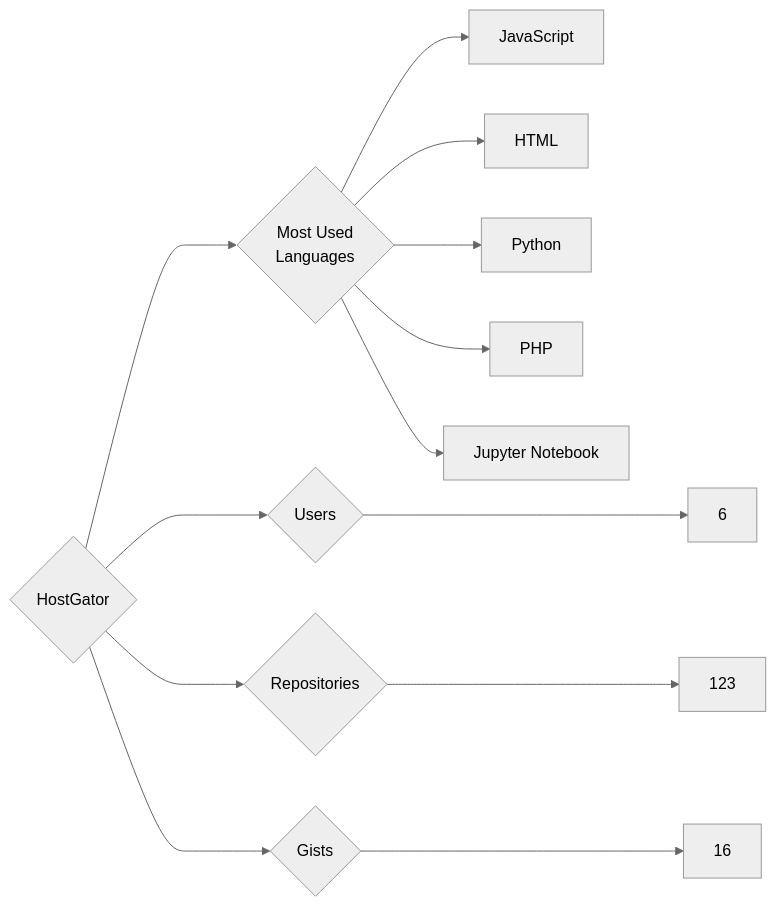
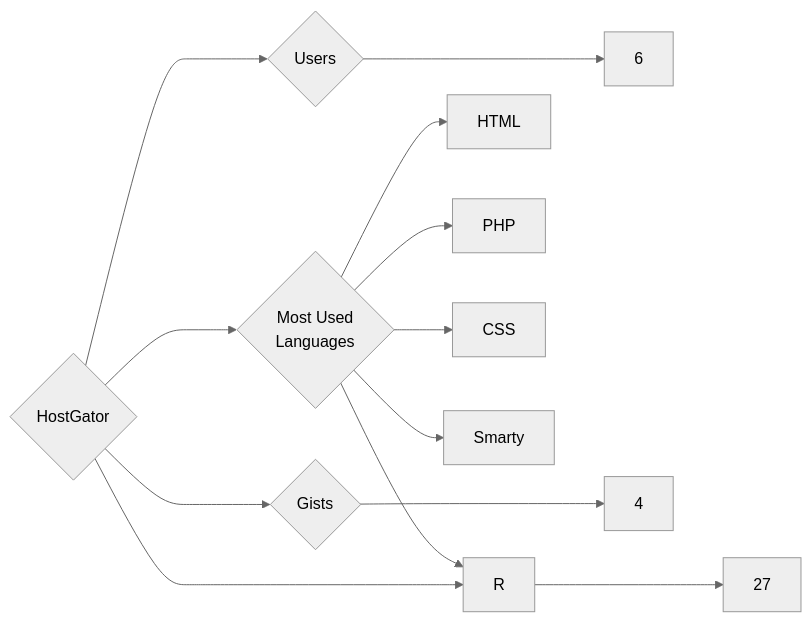
One commit to trickest/insiders changed the diagram in targets/HostGator/README.md. Above: the diagram before and after it, drawn with Mermaid (neutral theme). The commit also changed 815 other files, not shown here.

````diff
--- a/targets/HostGator/README.md
+++ b/targets/HostGator/README.md
@@ -3,13 +3,13 @@
 ```mermaid
 graph LR
 COMPANY_NAME{HostGator}
 COMPANY_NAME ---> U{Users} ---> UN[6]
-COMPANY_NAME ---> R{Repositories} ---> RN[123]
-COMPANY_NAME ---> G{Gists} ---> GN[16]
+COMPANY_NAME ---> R{Repositories} ---> RN[27]
+COMPANY_NAME ---> G{Gists} ---> GN[4]
 COMPANY_NAME ---> ML{Most Used<br>Languages}
-ML --> JavaScript[JavaScript]
 ML --> HTML[HTML]
-ML --> Python[Python]
+ML --> R[R]
 ML --> PHP[PHP]
-ML --> Jupyter_Notebook[Jupyter Notebook]
+ML --> CSS[CSS]
+ML --> Smarty[Smarty]
 ```
````
